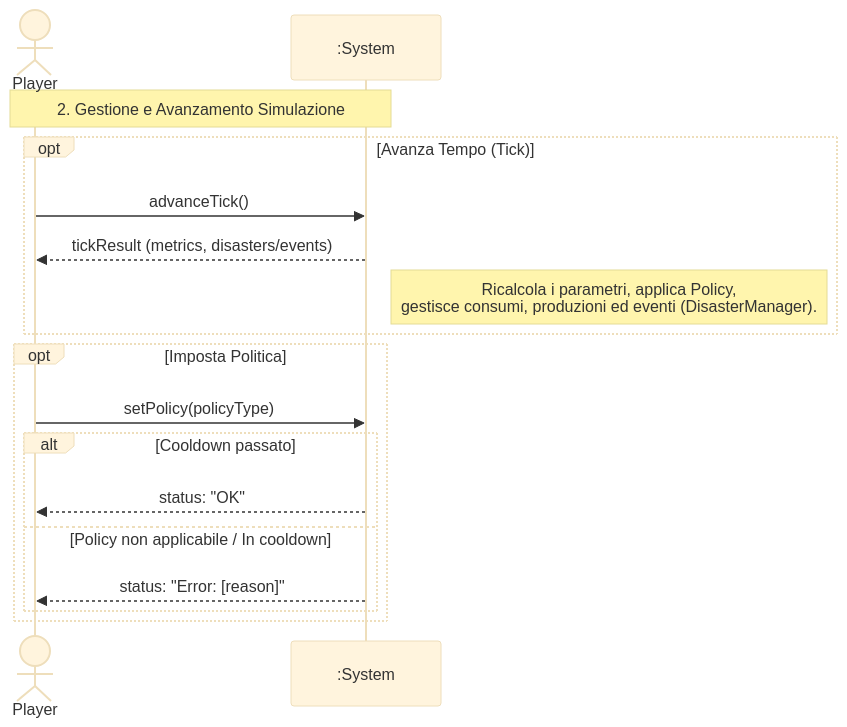
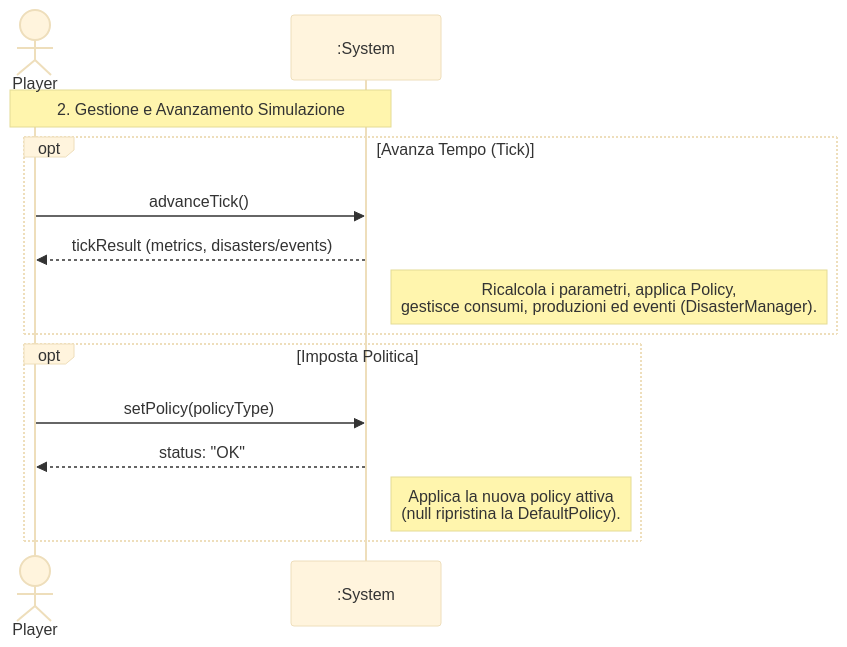
The second of 3 diagrams in docs/diagrams/md/SystemSequenceDiagrams.md (simonebumstead/city_simulator), drawn with Mermaid (base theme) before and after one commit. The commit also changed 3 other files, not shown here.

Commit message:
fix diagrammi UML

````diff
--- a/docs/diagrams/md/SystemSequenceDiagrams.md
+++ b/docs/diagrams/md/SystemSequenceDiagrams.md
@@ -43,22 +43,19 @@
 ```mermaid
 sequenceDiagram
     actor Player
     participant System as :System
 
     Note over Player, System: 2. Gestione e Avanzamento Simulazione
 
     opt Avanza Tempo (Tick)
         Player->>System: advanceTick()
         System-->>Player: tickResult (metrics, disasters/events)
         Note right of System: Ricalcola i parametri, applica Policy,<br/>gestisce consumi, produzioni ed eventi (DisasterManager).
     end
     
     opt Imposta Politica
         Player->>System: setPolicy(policyType)
-        alt Cooldown passato
-            System-->>Player: status: "OK"
-        else Policy non applicabile / In cooldown
-            System-->>Player: status: "Error: [reason]"
-        end
+        System-->>Player: status: "OK"
+        Note right of System: Applica la nuova policy attiva<br/>(null ripristina la DefaultPolicy).
     end
 ```
````
